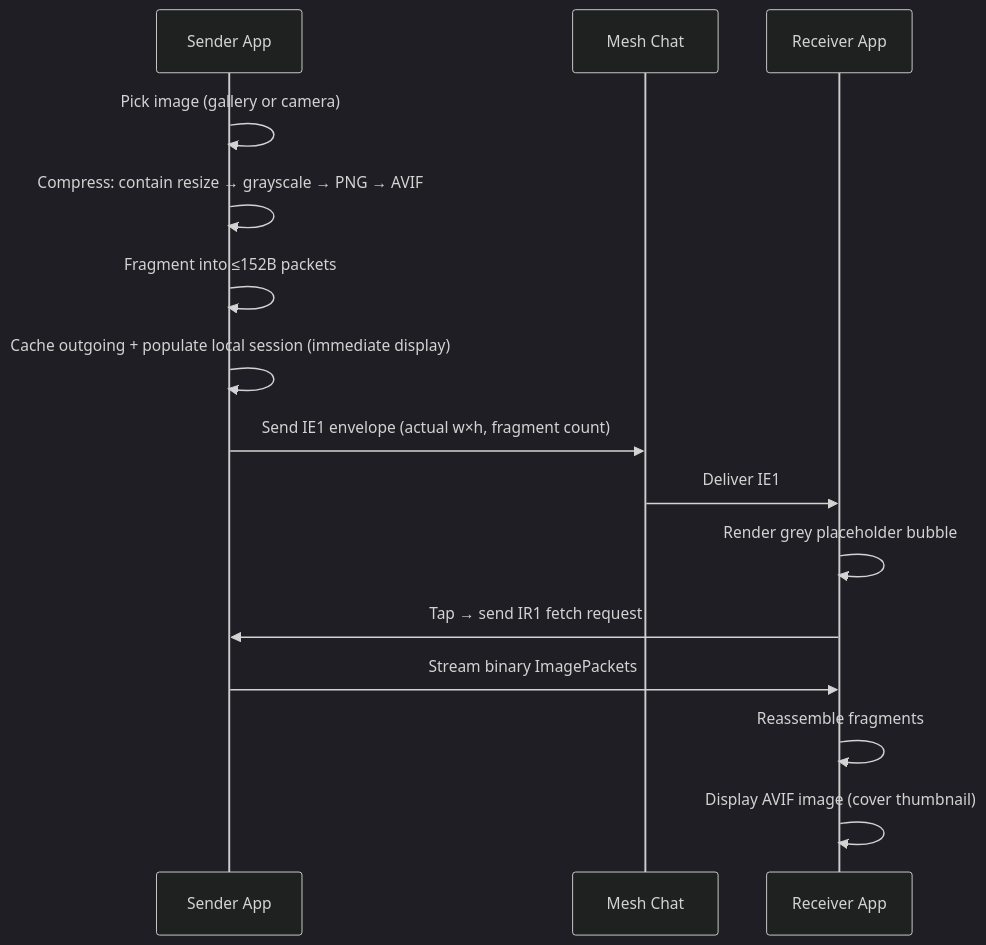
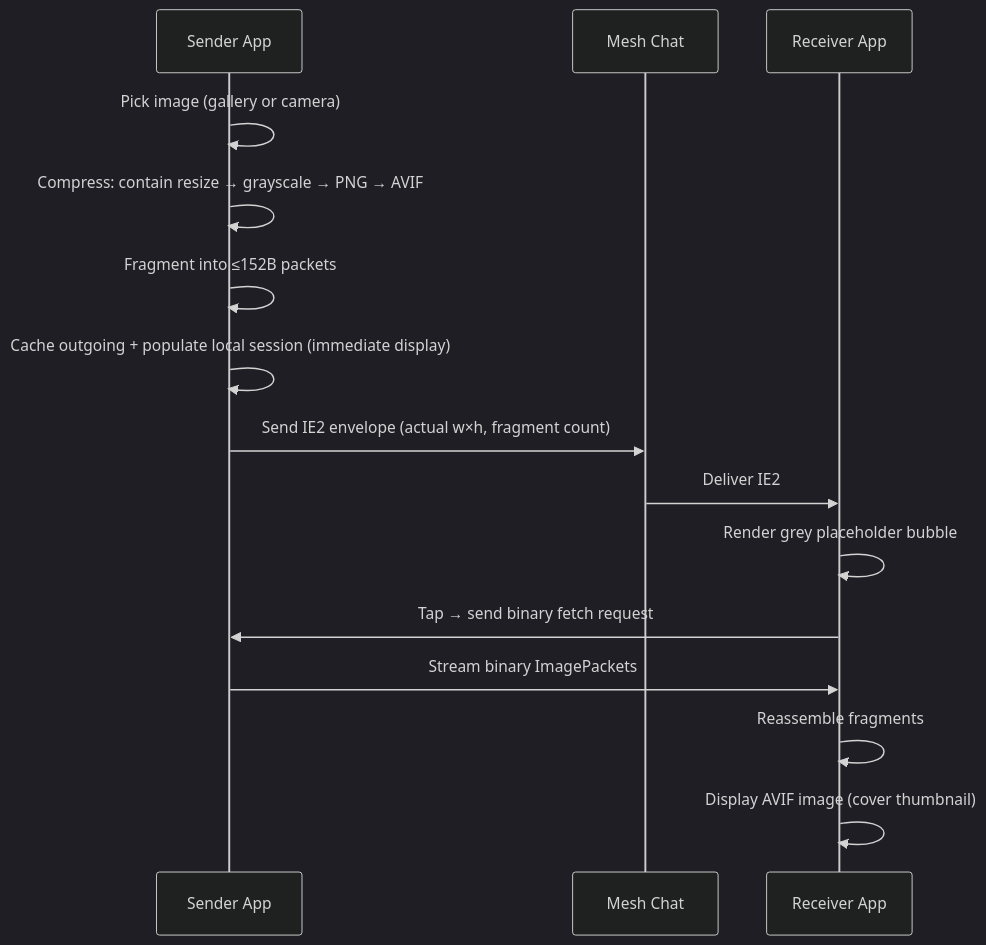
Before and after one commit to MGJ520/meshcore-sar: the diagram in docs/image-mode-technical.md, drawn with Mermaid (dark theme). The commit also changed other lines of this file and 13 other files, not shown here.

````diff
--- a/docs/image-mode-technical.md
+++ b/docs/image-mode-technical.md
@@ -263,18 +265,18 @@
 ```mermaid
 sequenceDiagram
   participant A as Sender App
   participant M as Mesh Chat
   participant B as Receiver App
 
   A->>A: Pick image (gallery or camera)
   A->>A: Compress: contain resize → grayscale → PNG → AVIF
   A->>A: Fragment into ≤152B packets
   A->>A: Cache outgoing + populate local session (immediate display)
-  A->>M: Send IE1 envelope (actual w×h, fragment count)
-  M->>B: Deliver IE1
+  A->>M: Send IE2 envelope (actual w×h, fragment count)
+  M->>B: Deliver IE2
   B->>B: Render grey placeholder bubble
-  B->>A: Tap → send IR1 fetch request
+  B->>A: Tap → send binary fetch request
   A->>B: Stream binary ImagePackets
   B->>B: Reassemble fragments
   B->>B: Display AVIF image (cover thumbnail)
 ```
````
